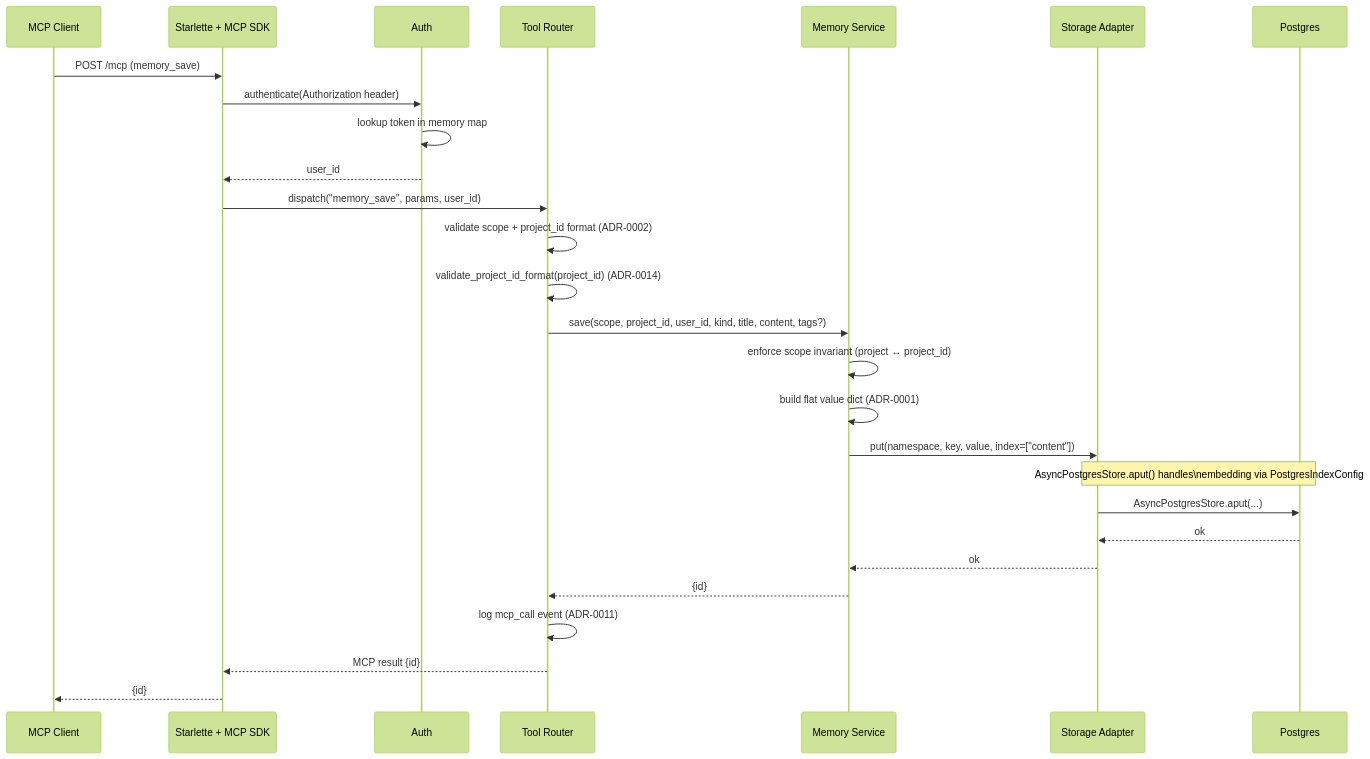
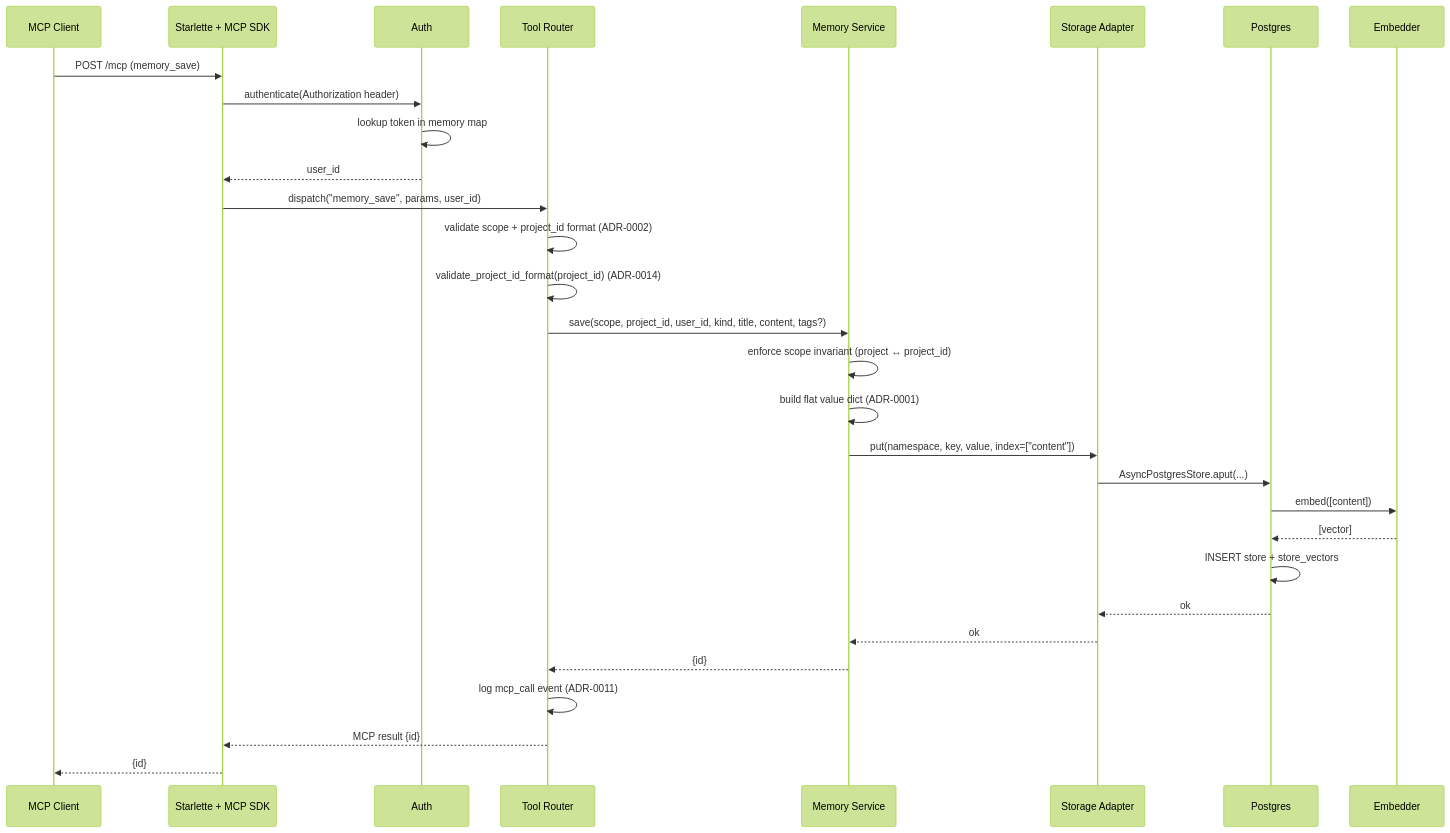
One commit to mironyx/recall changed the first of 4 diagrams in docs/design/v2/lld-e1-one-memory-e2e.md. Above: the diagram before and after it, drawn with Mermaid (forest theme).

Commit message:
docs: restore Embedder in E1 save sequence diagram — called by store, not MemoryService

````diff
--- a/docs/design/v2/lld-e1-one-memory-e2e.md
+++ b/docs/design/v2/lld-e1-one-memory-e2e.md
@@ -33,30 +33,33 @@
 ```mermaid
 sequenceDiagram
     participant Agent as MCP Client
     participant Transport as Starlette + MCP SDK
     participant Auth as Auth
     participant Router as Tool Router
     participant MS as Memory Service
     participant SA as Storage Adapter
     participant DB as Postgres
+    participant Emb as Embedder
 
     Agent->>Transport: POST /mcp (memory_save)
     Transport->>Auth: authenticate(Authorization header)
     Auth->>Auth: lookup token in memory map
     Auth-->>Transport: user_id
     Transport->>Router: dispatch("memory_save", params, user_id)
     Router->>Router: validate scope + project_id format (ADR-0002)
     Router->>Router: validate_project_id_format(project_id) (ADR-0014)
     Router->>MS: save(scope, project_id, user_id, kind, title, content, tags?)
     MS->>MS: enforce scope invariant (project ↔ project_id)
     MS->>MS: build flat value dict (ADR-0001)
     MS->>SA: put(namespace, key, value, index=["content"])
-    Note over SA,DB: AsyncPostgresStore.aput() handles\nembedding via PostgresIndexConfig
     SA->>DB: AsyncPostgresStore.aput(...)
+    DB->>Emb: embed([content])
+    Emb-->>DB: [vector]
+    DB->>DB: INSERT store + store_vectors
     DB-->>SA: ok
     SA-->>MS: ok
     MS-->>Router: {id}
     Router->>Router: log mcp_call event (ADR-0011)
     Router-->>Transport: MCP result {id}
     Transport-->>Agent: {id}
 ```
````
